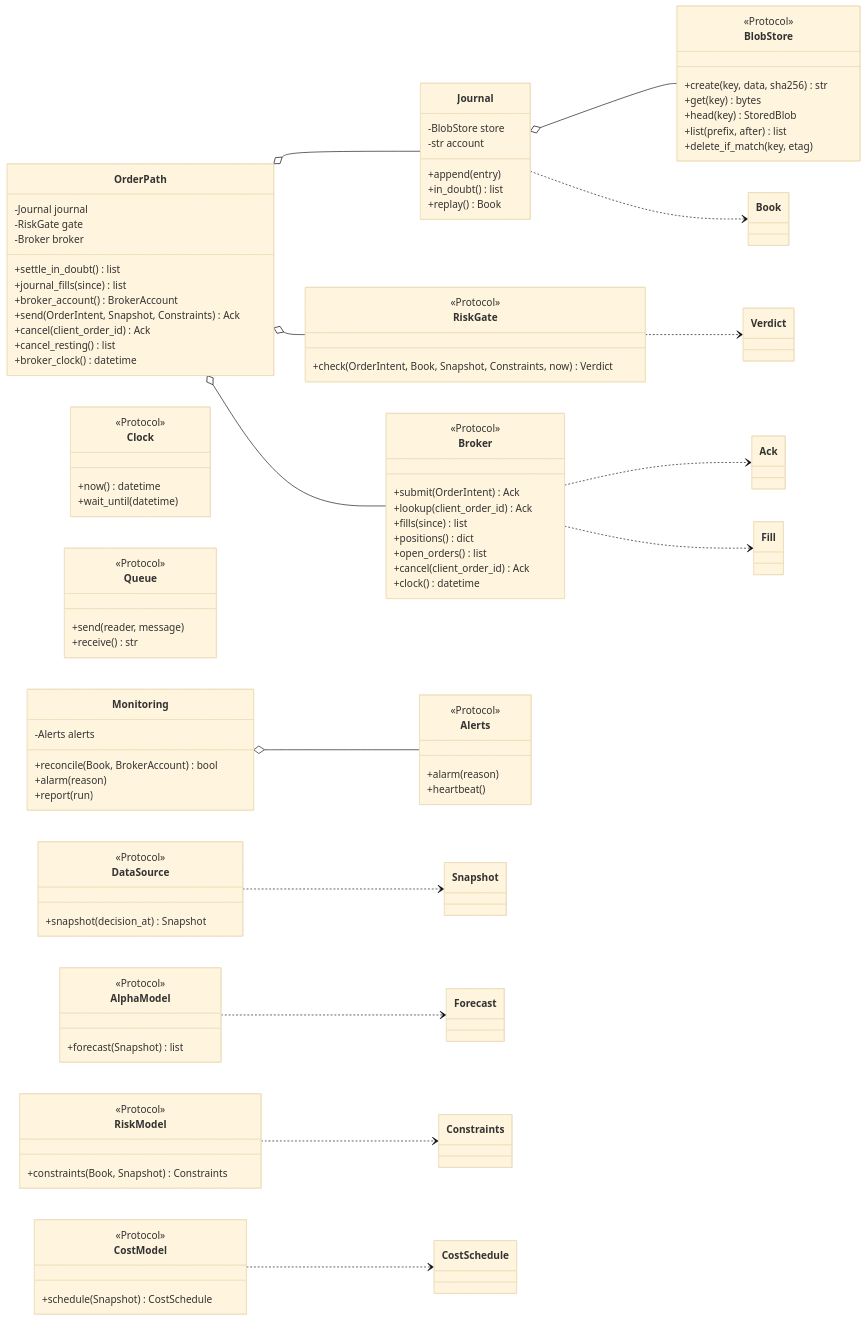
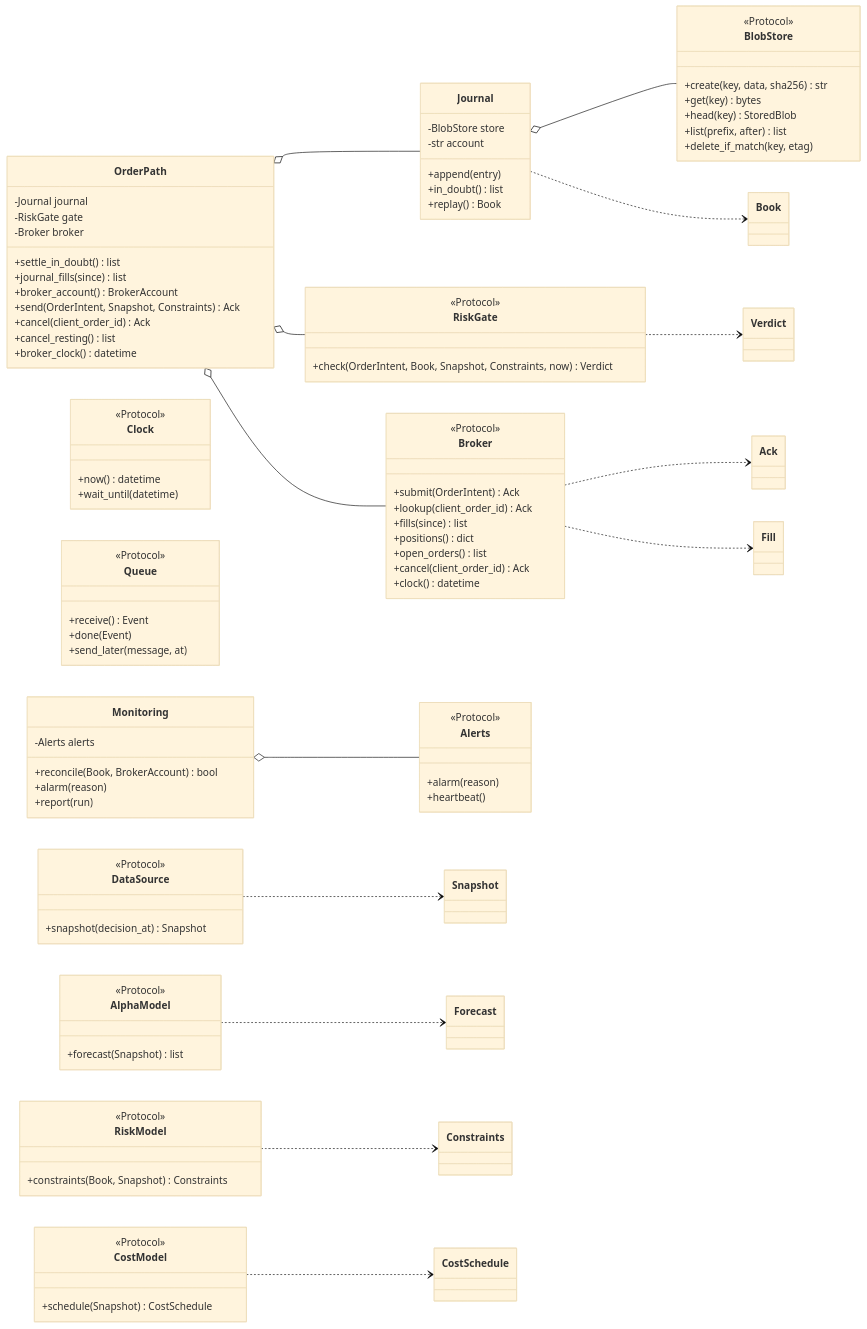
Diagram 11 of 16 in docs/architecture.md (l3a0/ithildin-runtime), drawn with Mermaid (base theme) before and after one commit. The commit also changed other lines of this file and 1 other file, not shown here.

```diff
--- a/docs/architecture.md
+++ b/docs/architecture.md
@@ -1308,10 +1302,11 @@
         +now() datetime
         +wait_until(datetime)
     }
-    class Queue {
+        class Queue {
         <<Protocol>>
-        +send(reader, message)
-        +receive() str
+        +receive() Event
+        +done(Event)
+        +send_later(message, at)
     }
     class Broker {
         <<Protocol>>
```
